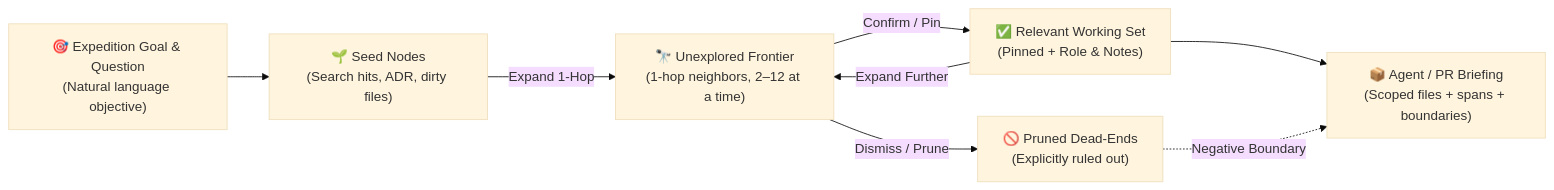
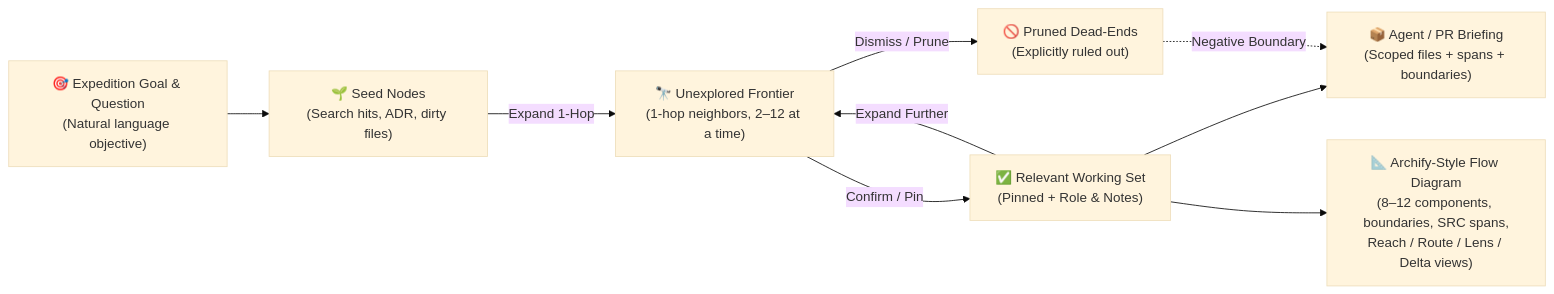
Before and after one commit to knightb8/Graft: the diagram in docs/adr/0029-graft-expeditions-goal-directed-subgraph-memory.md, drawn with Mermaid (base theme). The commit also changed other lines of this file, not shown here.

Commit message:
docs(adr): add Archify-style schematic flow diagrams & JSON IR target to ADR 0029

````diff
--- a/docs/adr/0029-graft-expeditions-goal-directed-subgraph-memory.md
+++ b/docs/adr/0029-graft-expeditions-goal-directed-subgraph-memory.md
@@ -41,17 +43,18 @@
 ```mermaid
 flowchart LR
     Goal["🎯 Expedition Goal & Question\n(Natural language objective)"]
     Seeds["🌱 Seed Nodes\n(Search hits, ADR, dirty files)"]
     Frontier["🔭 Unexplored Frontier\n(1-hop neighbors, 2–12 at a time)"]
     Relevant["✅ Relevant Working Set\n(Pinned + Role & Notes)"]
     Pruned["🚫 Pruned Dead-Ends\n(Explicitly ruled out)"]
     Export["📦 Agent / PR Briefing\n(Scoped files + spans + boundaries)"]
 
     Goal --> Seeds
     Seeds -->|Expand 1-Hop| Frontier
     Frontier -->|Confirm / Pin| Relevant
     Frontier -->|Dismiss / Prune| Pruned
     Relevant -->|Expand Further| Frontier
     Relevant --> Export
     Pruned -.->|Negative Boundary| Export
+    Relevant --> Archify["📐 Archify-Style Flow Diagram\n(8–12 components, boundaries, SRC spans,\nReach / Route / Lens / Delta views)"]
 ```
````
